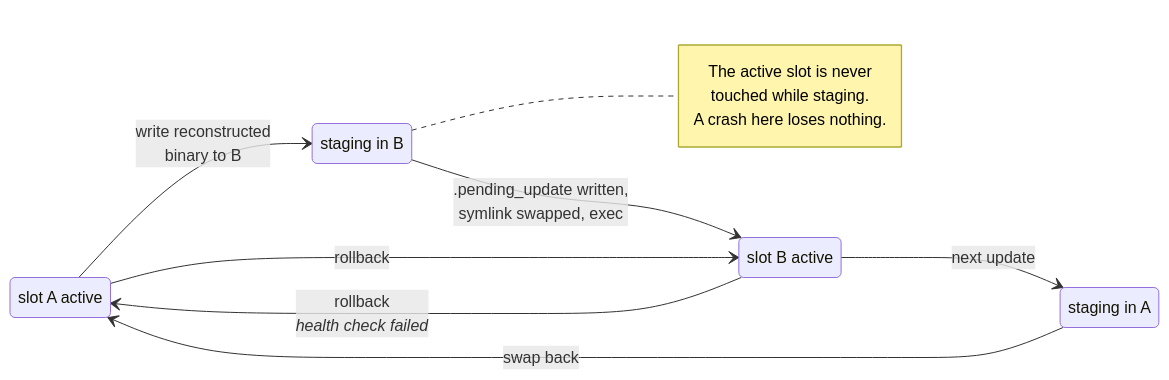
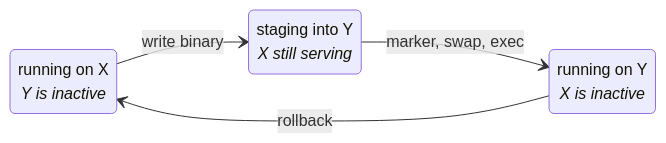
One commit to carlosprados/ota-updater changed the first of 3 diagrams in site/content/agent/_index.md. Above: the diagram before and after it, drawn with Mermaid. The commit also changed other lines of this file and 17 other files, not shown here.

````diff
--- a/site/content/agent/_index.md
+++ b/site/content/agent/_index.md
@@ -12,23 +12,12 @@
 ```mermaid
 stateDiagram-v2
     direction LR
 
-    state "slot A active" as A
-    state "slot B active" as B
-    state "staging in B" as SB
-    state "staging in A" as SA
+    state "running on X<br/><i>Y is inactive</i>" as RUN
+    state "staging into Y<br/><i>X still serving</i>" as STAGE
+    state "running on Y<br/><i>X is inactive</i>" as SWAPPED
 
-    A --> SB: write reconstructed<br/>binary to B
-    SB --> B: .pending_update written,<br/>symlink swapped, exec
-    B --> SA: next update
-    SA --> A: swap back
-
-    B --> A: rollback<br/><i>health check failed</i>
-    A --> B: rollback
-
-    note right of SB
-        The active slot is never
-        touched while staging.
-        A crash here loses nothing.
-    end note
+    RUN --> STAGE: write binary
+    STAGE --> SWAPPED: marker, swap, exec
+    SWAPPED --> RUN: rollback
 ```
````
